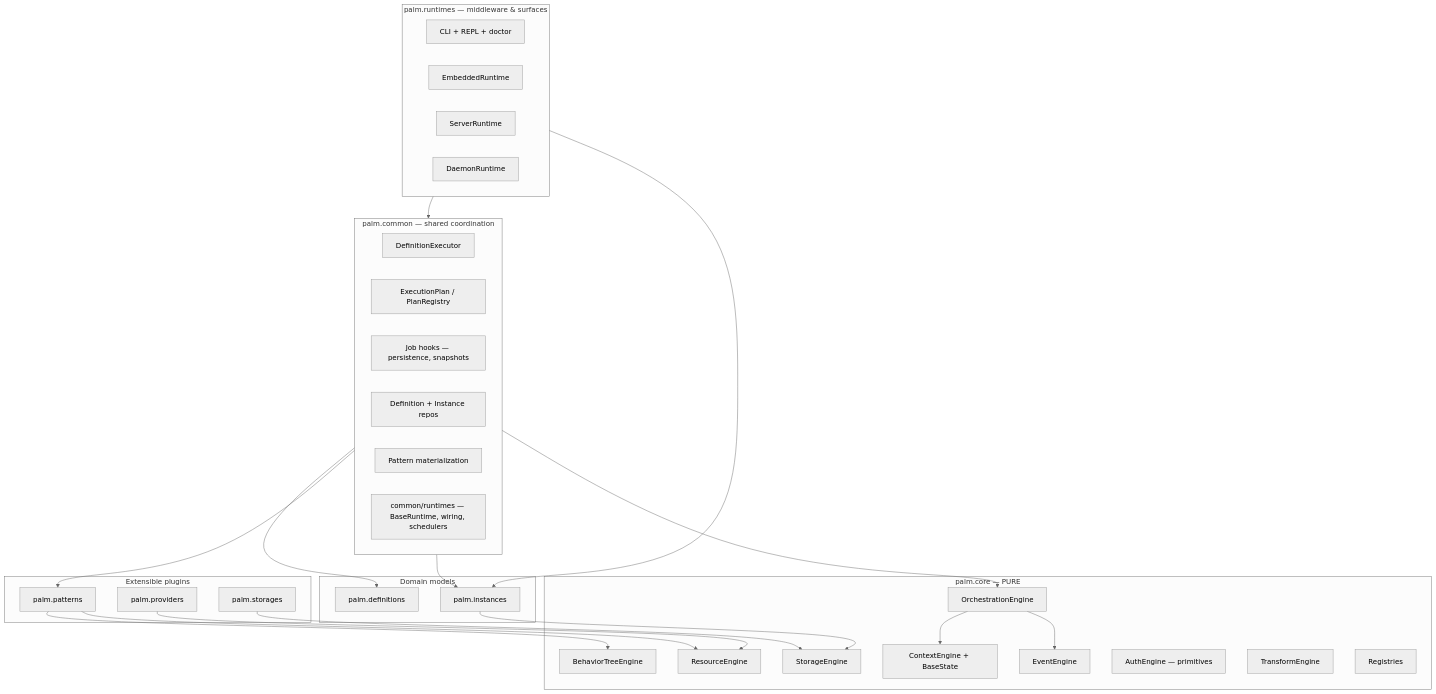
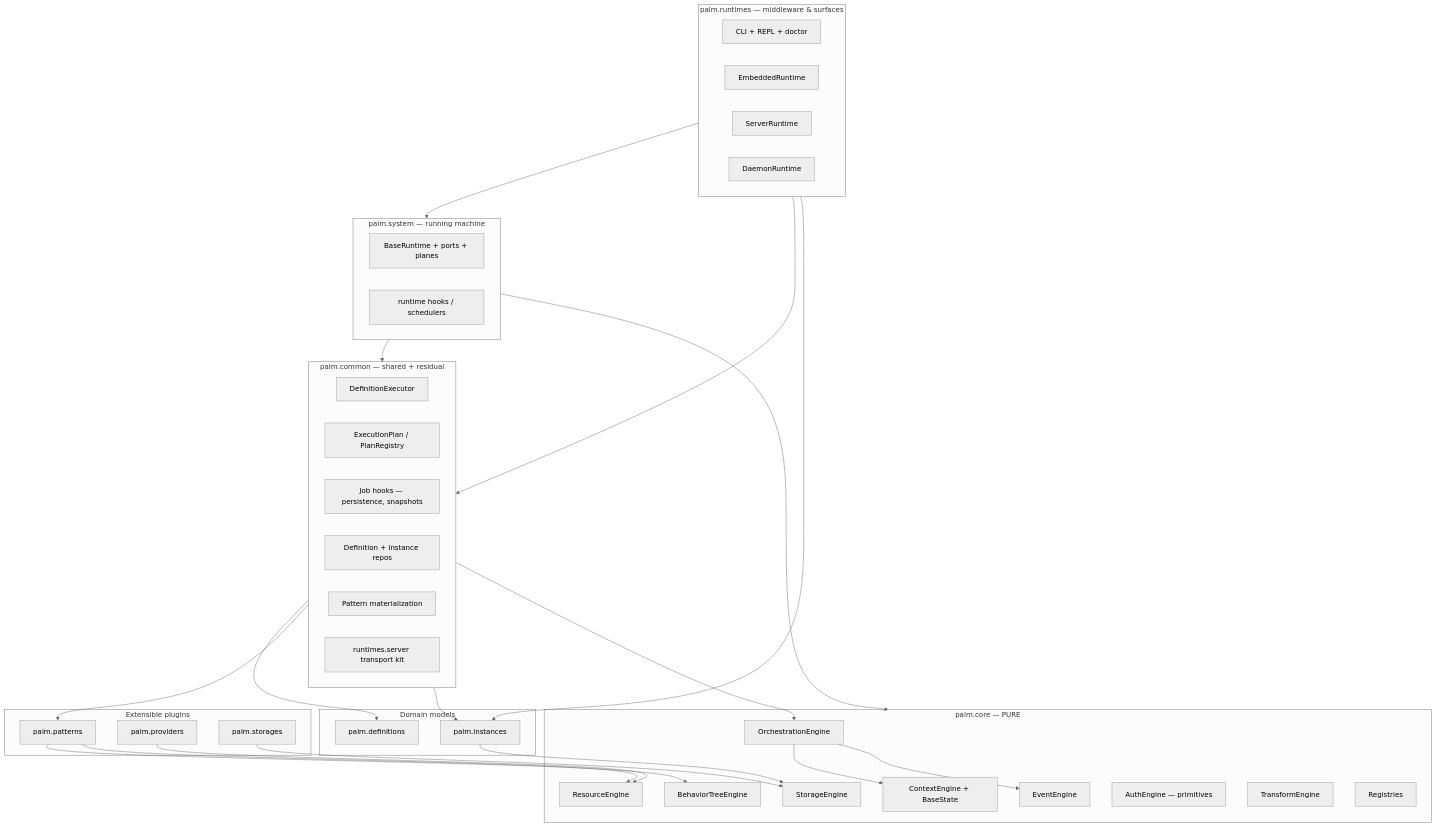
One commit to JGabrielGruber/palm changed the first of 10 diagrams in ARCHITECTURE.md. Above: the diagram before and after it, drawn with Mermaid (neutral theme). The commit also changed other lines of this file and 10 other files, not shown here.

````diff
--- a/ARCHITECTURE.md
+++ b/ARCHITECTURE.md
@@ -29,55 +29,63 @@
 ```mermaid
 flowchart TB
     subgraph Runtimes["palm.runtimes — middleware & surfaces"]
         cli[CLI + REPL + doctor]
         embedded[EmbeddedRuntime]
         server[ServerRuntime]
         daemon[DaemonRuntime]
     end
 
-    subgraph Common["palm.common — shared coordination"]
+    subgraph System["palm.system — running machine"]
+        rtbase[BaseRuntime + ports + planes]
+        syshooks[runtime hooks / schedulers]
+    end
+
+    subgraph Common["palm.common — shared + residual"]
         exec[DefinitionExecutor]
         plans[ExecutionPlan / PlanRegistry]
         hooks[Job hooks — persistence, snapshots]
         persist[Definition + Instance repos]
         builder[Pattern materialization]
-        rtbase[common/runtimes — BaseRuntime, wiring, schedulers]
+        serverkit[runtimes.server transport kit]
     end
 
     subgraph Plugins["Extensible plugins"]
         patterns[palm.patterns]
         providers[palm.providers]
         storages[palm.storages]
     end
 
     subgraph Domain["Domain models"]
         instances[palm.instances]
         definitions[palm.definitions]
     end
 
     subgraph Core["palm.core — PURE"]
         bt[BehaviorTreeEngine]
         orch[OrchestrationEngine]
         ctx[ContextEngine + BaseState]
         sto[StorageEngine]
         res[ResourceEngine]
         evt[EventEngine]
         auth[AuthEngine — primitives]
         xform[TransformEngine]
         reg[Registries]
     end
 
+    Runtimes --> System
     Runtimes --> Common
     Runtimes --> instances
+    System --> Common
+    System --> Core
     Common --> definitions
     Common --> patterns
     Common --> instances
     patterns --> bt
     patterns --> res
     instances --> sto
     providers --> res
     storages --> sto
     Common --> orch
     orch --> ctx
     orch --> evt
 ```
````
